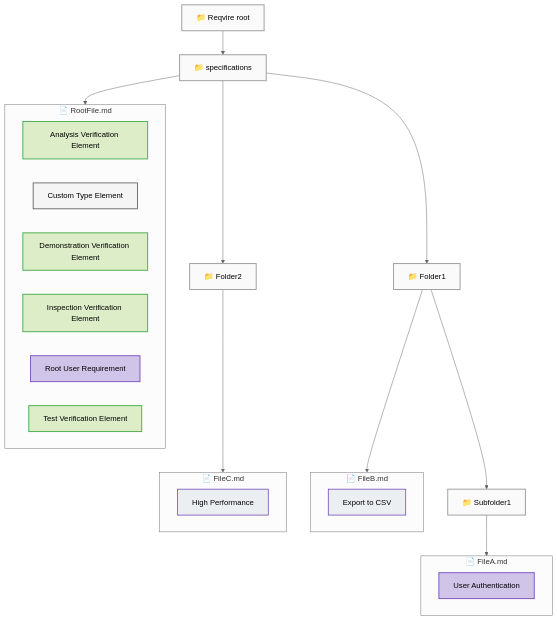
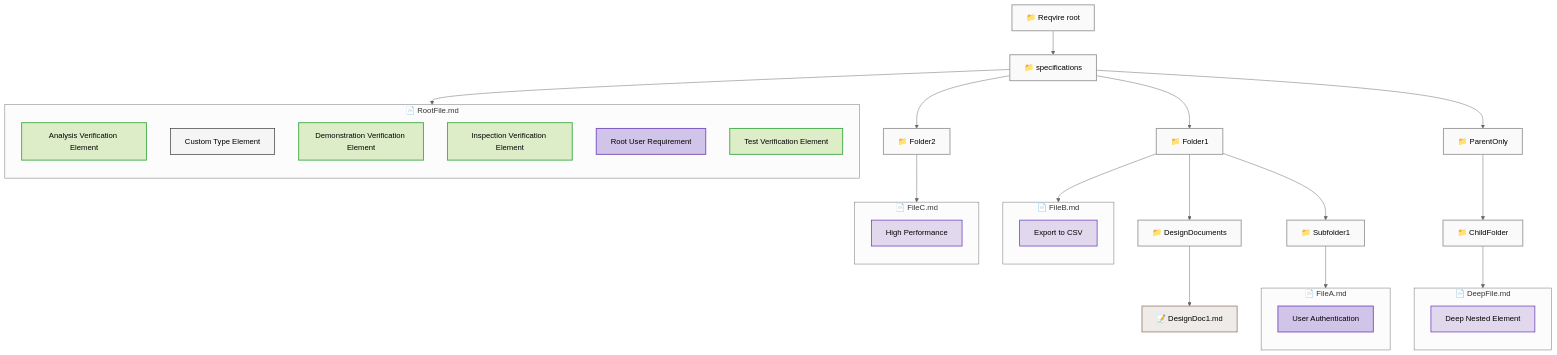
One commit to reqvire-org/reqvire changed the diagram in tests/test-containment-view/expected-containment-output.md. Above: the diagram before and after it, drawn with Mermaid (neutral theme). The commit also changed other lines of this file and 137 other files, not shown here.

First line of the commit message:
Add attachment display to diagrams and fix navigation button removal

````diff
--- a/tests/test-containment-view/expected-containment-output.md
+++ b/tests/test-containment-view/expected-containment-output.md
@@ -10,6 +10,7 @@
   classDef default fill:#F5F5F5,stroke:#424242,stroke-width:1.5px;
   classDef folder fill:#FAFAFA,stroke:#9E9E9E,stroke-width:2px;
   classDef file fill:#FFF8E1,stroke:#FFCA28,stroke-width:2px;
+  classDef attachment fill:#EFEBE9,stroke:#8D6E63,stroke-width:1.5px;
 
   root["📁 Reqvire root"]
   class root folder
@@ -20,14 +21,22 @@
   specifications_Folder1["📁 Folder1"]
   specifications --> specifications_Folder1
   class specifications_Folder1 folder
+  specifications_Folder1_DesignDocuments["📁 DesignDocuments"]
+  specifications_Folder1 --> specifications_Folder1_DesignDocuments
+  class specifications_Folder1_DesignDocuments folder
+  specifications_Folder1_DesignDocuments_DesignDoc1["📝 DesignDoc1.md"]
+  specifications_Folder1_DesignDocuments --> specifications_Folder1_DesignDocuments_DesignDoc1
+  class specifications_Folder1_DesignDocuments_DesignDoc1 attachment
   specifications_Folder1_Subfolder1["📁 Subfolder1"]
   specifications_Folder1 --> specifications_Folder1_Subfolder1
   class specifications_Folder1_Subfolder1 folder
   subgraph specifications/Folder1/Subfolder1/FileA["📄 FileA.md"]
+    direction TB
     58d1cd147301f9e3["User Authentication"]
   end
   specifications_Folder1_Subfolder1 --> specifications/Folder1/Subfolder1/FileA
   subgraph specifications/Folder1/FileB["📄 FileB.md"]
+    direction TB
     e08a9833904afb54["Export to CSV"]
   end
   specifications_Folder1 --> specifications/Folder1/FileB
@@ -35,10 +44,23 @@
   specifications --> specifications_Folder2
   class specifications_Folder2 folder
   subgraph specifications/Folder2/FileC["📄 FileC.md"]
+    direction TB
     25af44158bf43fcc["High Performance"]
   end
   specifications_Folder2 --> specifications/Folder2/FileC
+  specifications_ParentOnly["📁 ParentOnly"]
+  specifications --> specifications_ParentOnly
+  class specifications_ParentOnly folder
+  specifications_ParentOnly_ChildFolder["📁 ChildFolder"]
+  specifications_ParentOnly --> specifications_ParentOnly_ChildFolder
+  class specifications_ParentOnly_ChildFolder folder
+  subgraph specifications/ParentOnly/ChildFolder/DeepFile["📄 DeepFile.md"]
+    direction TB
+    747610138c5b111b["Deep Nested Element"]
+  end
+  specifications_ParentOnly_ChildFolder --> specifications/ParentOnly/ChildFolder/DeepFile
   subgraph specifications/RootFile["📄 RootFile.md"]
+    direction TB
     8be34e37b1135168["Analysis Verification Element"]
     17cdb2bd8b866540["Custom Type Element"]
     27ce8e2d3add00a7["Demonstration Verification Element"]
@@ -49,34 +71,27 @@
   specifications --> specifications/RootFile
 
   %% Element type styling
-  class e08a9833904afb54 requirement
-  class f0838bb4b888bb69 requirement
-  class 490e1613c01f9f25 requirement
-  class b9b9c21ca4e8fef6 requirement
+  class e08a9833904afb54 systemRequirement
   class 58d1cd147301f9e3 userRequirement
-  class 25af44158bf43fcc requirement
-  class 06d646615c67db9c requirement
+  class 25af44158bf43fcc systemRequirement
+  class 747610138c5b111b systemRequirement
   class 8be34e37b1135168 verification
   class 17cdb2bd8b866540 default
   class 27ce8e2d3add00a7 verification
   class e65293d51dd83e69 verification
-  class e7f7eefa12a25e33 requirement
   class 2a302bfb04c46059 userRequirement
   class 939fef5f29ad393f verification
 
   %% Clickable links
+  click specifications_Folder1_DesignDocuments_DesignDoc1 "specifications/Folder1/DesignDocuments/DesignDoc1.md"
   click e08a9833904afb54 "specifications/Folder1/FileB.md#export-to-csv"
-  click f0838bb4b888bb69 "specifications/Folder1/FileB.md#import-from-json"
-  click 490e1613c01f9f25 "specifications/Folder1/Subfolder1/FileA.md#data-validation"
-  click b9b9c21ca4e8fef6 "specifications/Folder1/Subfolder1/FileA.md#error-logging"
   click 58d1cd147301f9e3 "specifications/Folder1/Subfolder1/FileA.md#user-authentication"
   click 25af44158bf43fcc "specifications/Folder2/FileC.md#high-performance"
-  click 06d646615c67db9c "specifications/Folder2/FileC.md#scalability"
+  click 747610138c5b111b "specifications/ParentOnly/ChildFolder/DeepFile.md#deep-nested-element"
   click 8be34e37b1135168 "specifications/RootFile.md#analysis-verification-element"
   click 17cdb2bd8b866540 "specifications/RootFile.md#custom-type-element"
   click 27ce8e2d3add00a7 "specifications/RootFile.md#demonstration-verification-element"
   click e65293d51dd83e69 "specifications/RootFile.md#inspection-verification-element"
-  click e7f7eefa12a25e33 "specifications/RootFile.md#root-system-requirement"
   click 2a302bfb04c46059 "specifications/RootFile.md#root-user-requirement"
   click 939fef5f29ad393f "specifications/RootFile.md#test-verification-element"
 ```
````
